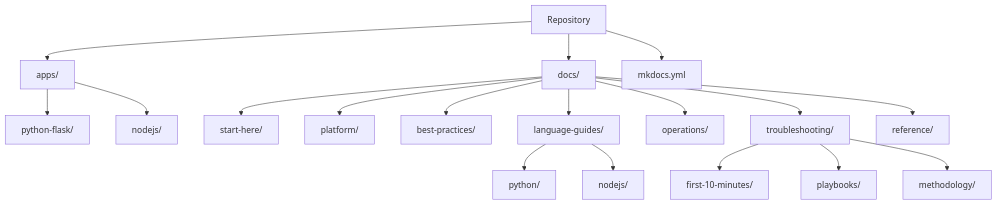
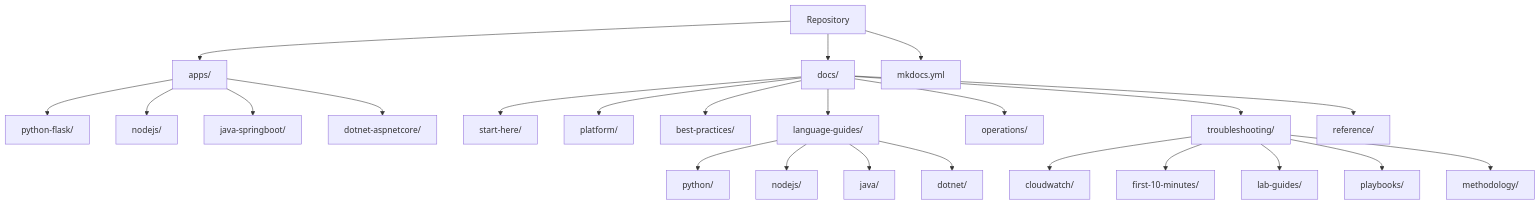
Before and after one commit to yeongseon/aws-elastic-beanstalk-practical-guide: the diagram in docs/start-here/repository-map.md, drawn with Mermaid. The commit also changed other lines of this file and 1 other file, not shown here.

````diff
--- a/docs/start-here/repository-map.md
+++ b/docs/start-here/repository-map.md
@@ -48,20 +60,26 @@
 ```mermaid
 graph TD
     Root[Repository] --> Apps[apps/]
     Root --> Docs[docs/]
     Root --> Config[mkdocs.yml]
     Apps --> PyApp[python-flask/]
     Apps --> NodeApp[nodejs/]
+    Apps --> JavaApp[java-springboot/]
+    Apps --> DotnetApp[dotnet-aspnetcore/]
     Docs --> SH[start-here/]
     Docs --> PL[platform/]
     Docs --> BP[best-practices/]
     Docs --> LG[language-guides/]
     Docs --> OP[operations/]
     Docs --> TS[troubleshooting/]
     Docs --> RF[reference/]
     LG --> Py[python/]
     LG --> Nj[nodejs/]
+    LG --> Jv[java/]
+    LG --> Dn[dotnet/]
+    TS --> CW[cloudwatch/]
     TS --> F10[first-10-minutes/]
+    TS --> LB[lab-guides/]
     TS --> PB[playbooks/]
     TS --> MT[methodology/]
 ```
````
